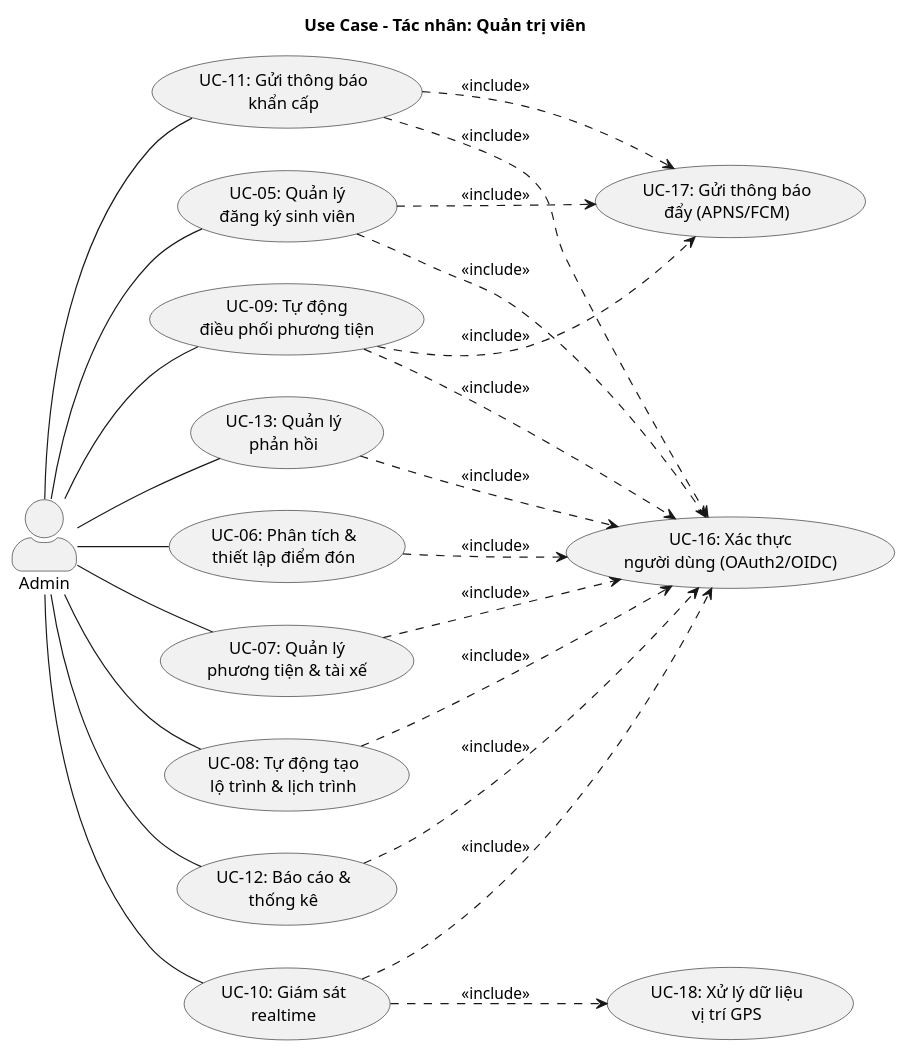
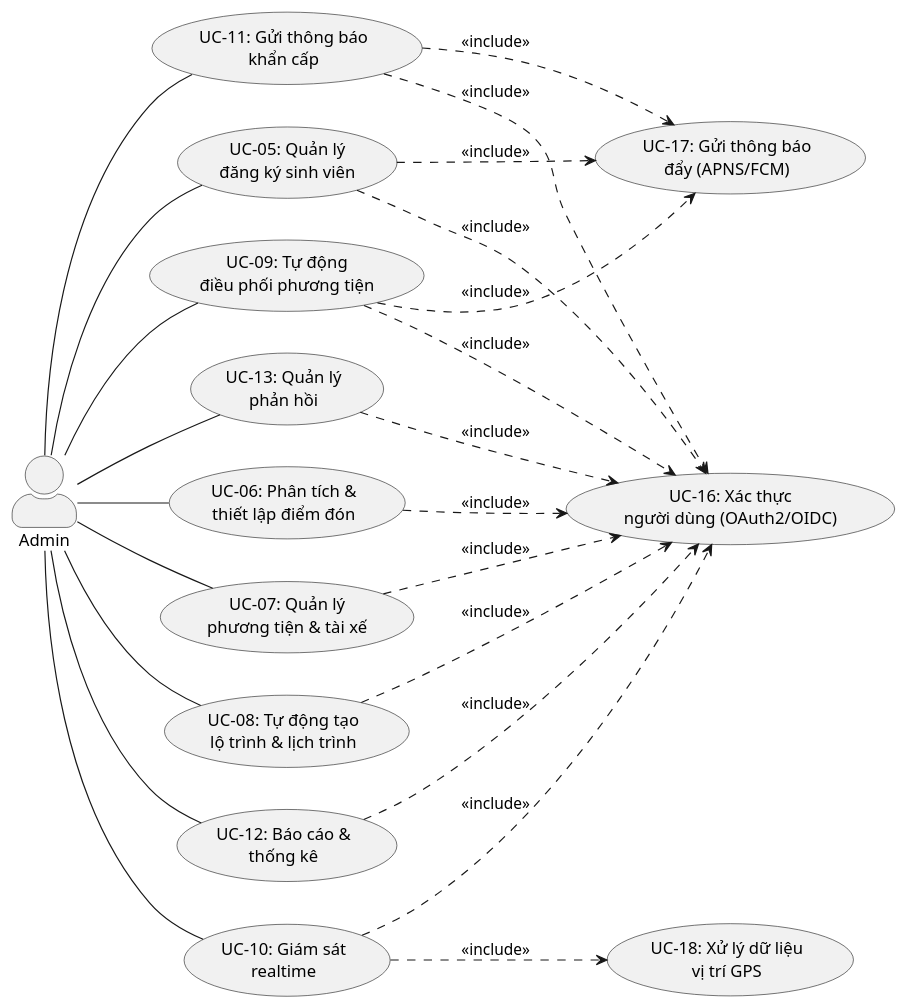
One commit to phuongbv00/hust-bus-stop changed the diagram in docs/uml/usecase/usecase_admin.puml. Above: the diagram before and after it, drawn with PlantUML. The commit also changed 5 other files, not shown here.

Commit message:
docs: update diagrams

```diff
--- a/docs/uml/usecase/usecase_admin.puml
+++ b/docs/uml/usecase/usecase_admin.puml
@@ -1,47 +1,46 @@
 @startuml
-title Use Case - Tác nhân: Quản trị viên
 left to right direction
 skinparam packageStyle rectangle
 skinparam actorStyle awesome
 
 actor "Admin" as Admin
 
   usecase "UC-05: Quản lý\nđăng ký sinh viên" as UC05
   usecase "UC-06: Phân tích &\nthiết lập điểm đón" as UC06
   usecase "UC-07: Quản lý\nphương tiện & tài xế" as UC07
   usecase "UC-08: Tự động tạo\nlộ trình & lịch trình" as UC08
   usecase "UC-09: Tự động\nđiều phối phương tiện" as UC09
   usecase "UC-10: Giám sát\nrealtime" as UC10
   usecase "UC-11: Gửi thông báo\nkhẩn cấp" as UC11
   usecase "UC-12: Báo cáo &\nthống kê" as UC12
   usecase "UC-13: Quản lý\nphản hồi" as UC13
 
   usecase "UC-16: Xác thực\nngười dùng (OAuth2/OIDC)" as UC16
   usecase "UC-17: Gửi thông báo\nđẩy (APNS/FCM)" as UC17
   usecase "UC-18: Xử lý dữ liệu\nvị trí GPS" as UC18
 
 Admin -- UC05
 Admin -- UC06
 Admin -- UC07
 Admin -- UC08
 Admin -- UC09
 Admin -- UC10
 Admin -- UC11
 Admin -- UC12
 Admin -- UC13
 
 ' Include relationships
 UC05 ..> UC16 : <<include>>
 UC05 ..> UC17 : <<include>>
 UC06 ..> UC16 : <<include>>
 UC07 ..> UC16 : <<include>>
 UC08 ..> UC16 : <<include>>
 UC09 ..> UC16 : <<include>>
 UC09 ..> UC17 : <<include>>
 UC10 ..> UC16 : <<include>>
 UC10 ..> UC18 : <<include>>
 UC11 ..> UC16 : <<include>>
 UC11 ..> UC17 : <<include>>
 UC12 ..> UC16 : <<include>>
 UC13 ..> UC16 : <<include>>
 @enduml
```
